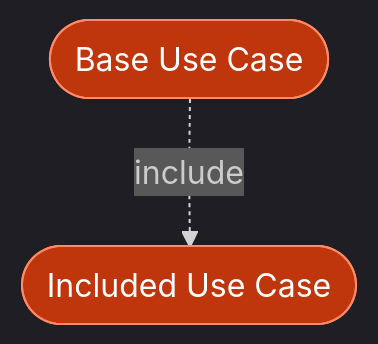
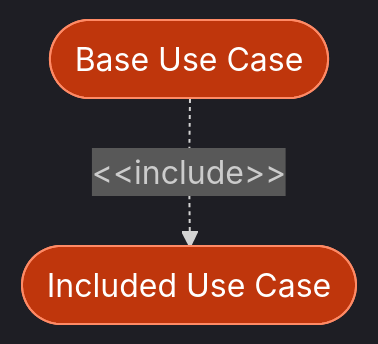
Before and after one commit to ToshikiImagawa/ai-sdd-workflow: the sixth of 25 diagrams in plugins/sdd-workflow/shared/references/usecase_diagram_guide.md, drawn with Mermaid. The commit also changed other lines of this file and 48 other files, not shown here.

First line of the commit message:
v3.0.1: Mermaid記法のUML標準準拠とsdd-init設定管理機能の追加 (#35)

````diff
--- a/plugins/sdd-workflow/shared/references/usecase_diagram_guide.md
+++ b/plugins/sdd-workflow/shared/references/usecase_diagram_guide.md
@@ -186,12 +189,12 @@
 ```mermaid
 %%{init: {'theme': 'dark'}}%%
 flowchart TB
     Base(["Base Use Case"])
     Included(["Included Use Case"])
 
-    Base -. include .-> Included
+    Base -.->|"&lt;&lt;include&gt;&gt;"| Included
 
     classDef usecase fill:#bf360c,stroke:#ff8a65,color:#fff
 
     class Base,Included usecase
 ```
````
